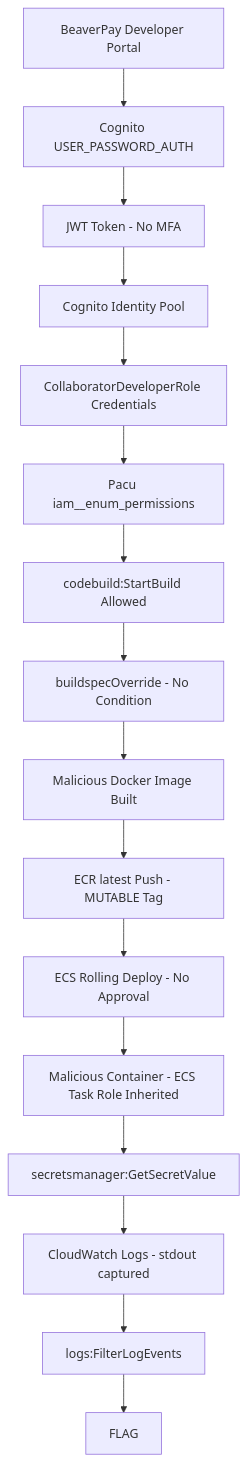
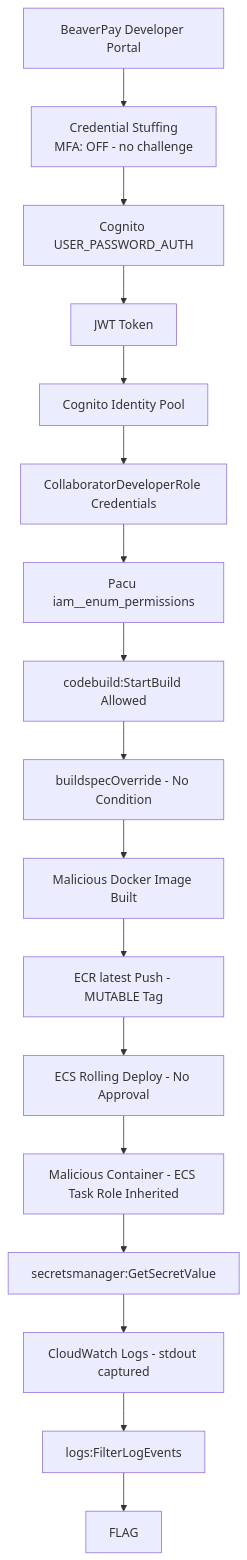
The diagram in scenarios/aws/03-supply-chain/dam-breaks/README.md (Beaver-Dam-Community/GnawLab), drawn with Mermaid before and after one commit. The commit also changed other lines of this file and 2 other files, not shown here.

Commit message:
docs: add credential stuffing step and improve walkthrough narrative

````diff
--- a/scenarios/aws/03-supply-chain/dam-breaks/README.md
+++ b/scenarios/aws/03-supply-chain/dam-breaks/README.md
@@ -77,18 +78,19 @@
 ```mermaid
 flowchart TB
-    A[BeaverPay Developer Portal] --> B[Cognito USER_PASSWORD_AUTH]
-    B --> C[JWT Token - No MFA]
-    C --> D[Cognito Identity Pool]
-    D --> E[CollaboratorDeveloperRole Credentials]
-    E --> F[Pacu iam__enum_permissions]
-    F --> G[codebuild:StartBuild Allowed]
-    G --> H[buildspecOverride - No Condition]
-    H --> I[Malicious Docker Image Built]
-    I --> J[ECR latest Push - MUTABLE Tag]
-    J --> K[ECS Rolling Deploy - No Approval]
-    K --> L[Malicious Container - ECS Task Role Inherited]
-    L --> M[secretsmanager:GetSecretValue]
-    M --> N[CloudWatch Logs - stdout captured]
-    N --> O[logs:FilterLogEvents]
-    O --> P[FLAG]
+    A[BeaverPay Developer Portal] --> B[Credential Stuffing\nMFA: OFF - no challenge]
+    B --> C[Cognito USER_PASSWORD_AUTH]
+    C --> D[JWT Token]
+    D --> E[Cognito Identity Pool]
+    E --> F[CollaboratorDeveloperRole Credentials]
+    F --> G[Pacu iam__enum_permissions]
+    G --> H[codebuild:StartBuild Allowed]
+    H --> I[buildspecOverride - No Condition]
+    I --> J[Malicious Docker Image Built]
+    J --> K[ECR latest Push - MUTABLE Tag]
+    K --> L[ECS Rolling Deploy - No Approval]
+    L --> M[Malicious Container - ECS Task Role Inherited]
+    M --> N[secretsmanager:GetSecretValue]
+    N --> O[CloudWatch Logs - stdout captured]
+    O --> P[logs:FilterLogEvents]
+    P --> Q[FLAG]
 ```
````
